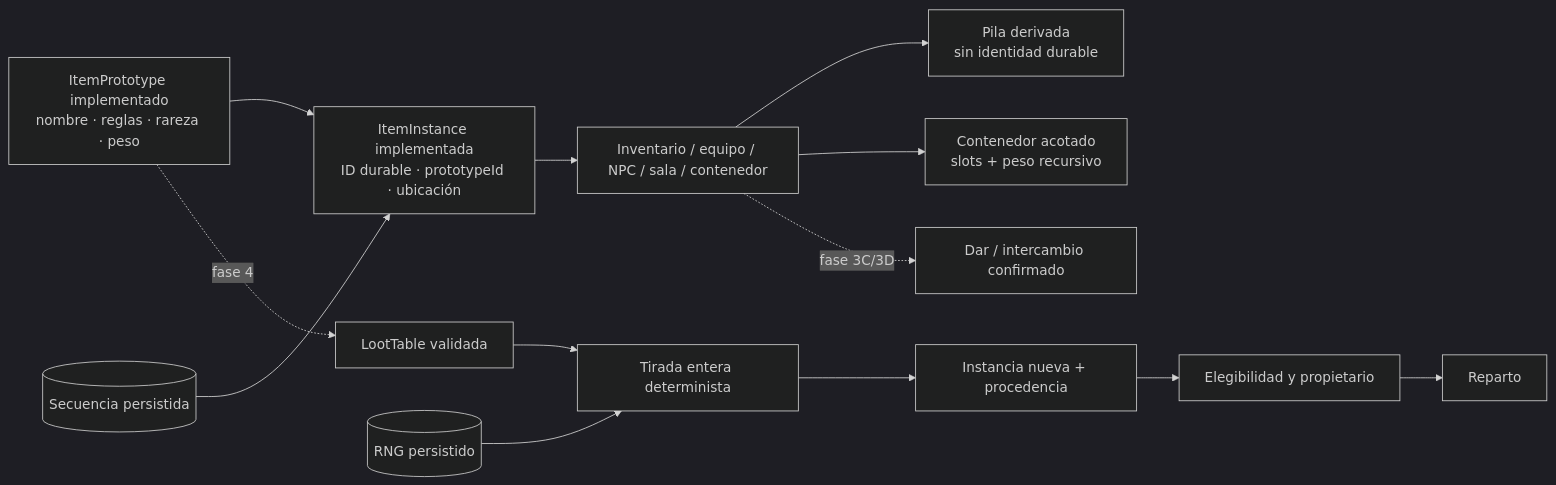
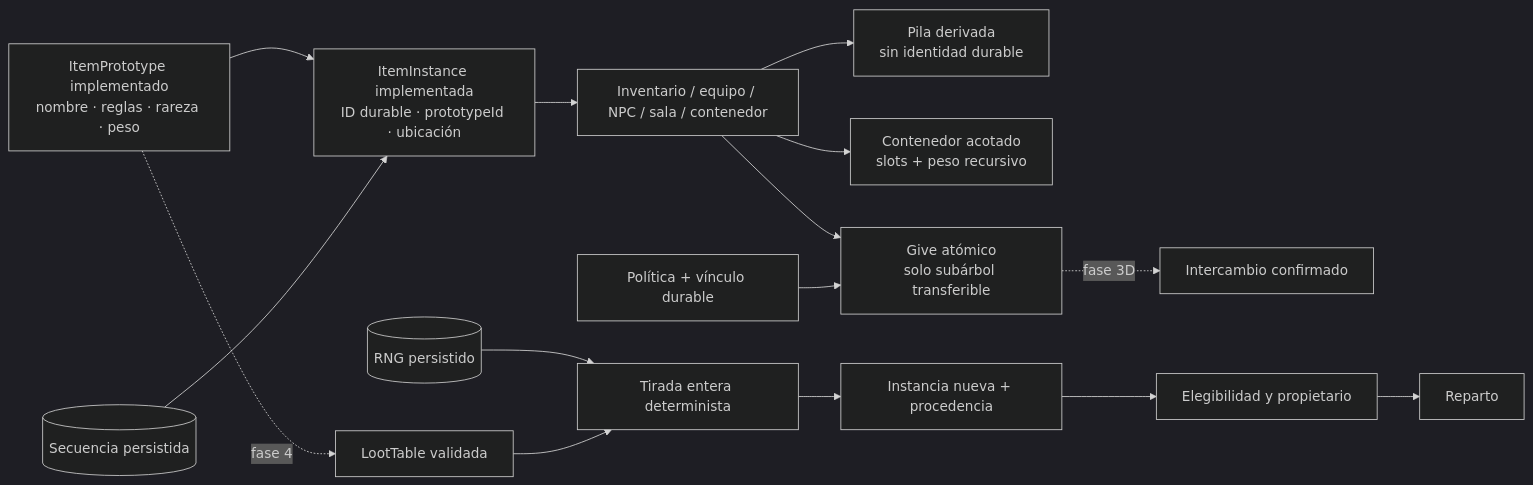
The third of 3 diagrams in docs/design/social-staff-and-loot-roadmap.md (hyukudan/tiamud), drawn with Mermaid (dark theme) before and after one commit. The commit also changed other lines of this file and 40 other files, not shown here.

````diff
--- a/docs/design/social-staff-and-loot-roadmap.md
+++ b/docs/design/social-staff-and-loot-roadmap.md
@@ -357,19 +371,21 @@
 ```mermaid
 flowchart LR
     accTitle: Inventario implementado y ampliaciones de transferencia y botín
-    accDescr: Cada unidad conserva identidad durable; pilas y contenedores ya forman una vista y un grafo acotados. Transferencias, derechos y tablas siguen como fases posteriores.
+    accDescr: Cada unidad conserva identidad durable; pilas, contenedores, políticas y entrega directa ya son autoritativos. Intercambio bilateral, derechos y tablas siguen como fases posteriores.
 
     Prototype[ItemPrototype implementado<br/>nombre · reglas · rareza · peso] --> Instance[ItemInstance implementada<br/>ID durable · prototypeId · ubicación]
     Sequence[(Secuencia persistida)] --> Instance
     Instance --> Current[Inventario / equipo / NPC / sala / contenedor]
     Current --> Stack[Pila derivada<br/>sin identidad durable]
     Current --> Container[Contenedor acotado<br/>slots + peso recursivo]
+    Current --> Give[Give atómico<br/>solo subárbol transferible]
+    Policy[Política + vínculo durable] --> Give
+    Give -. fase 3D .-> Trade[Intercambio confirmado]
 
     Prototype -. fase 4 .-> Table[LootTable validada]
     RNG[(RNG persistido)] --> Roll[Tirada entera determinista]
     Table --> Roll
     Roll --> Generated[Instancia nueva + procedencia]
     Generated --> Rights[Elegibilidad y propietario]
     Rights --> Future[Reparto]
-    Current -. fase 3C/3D .-> Trade[Dar / intercambio confirmado]
 ```
````
